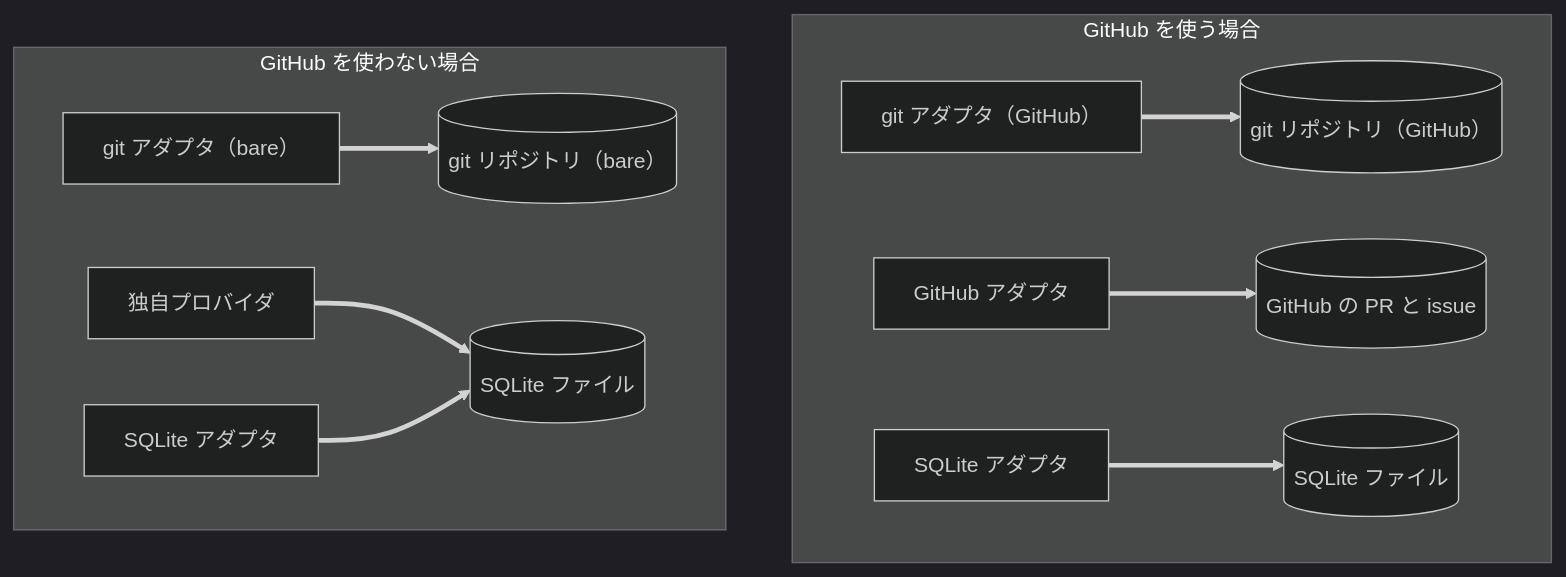
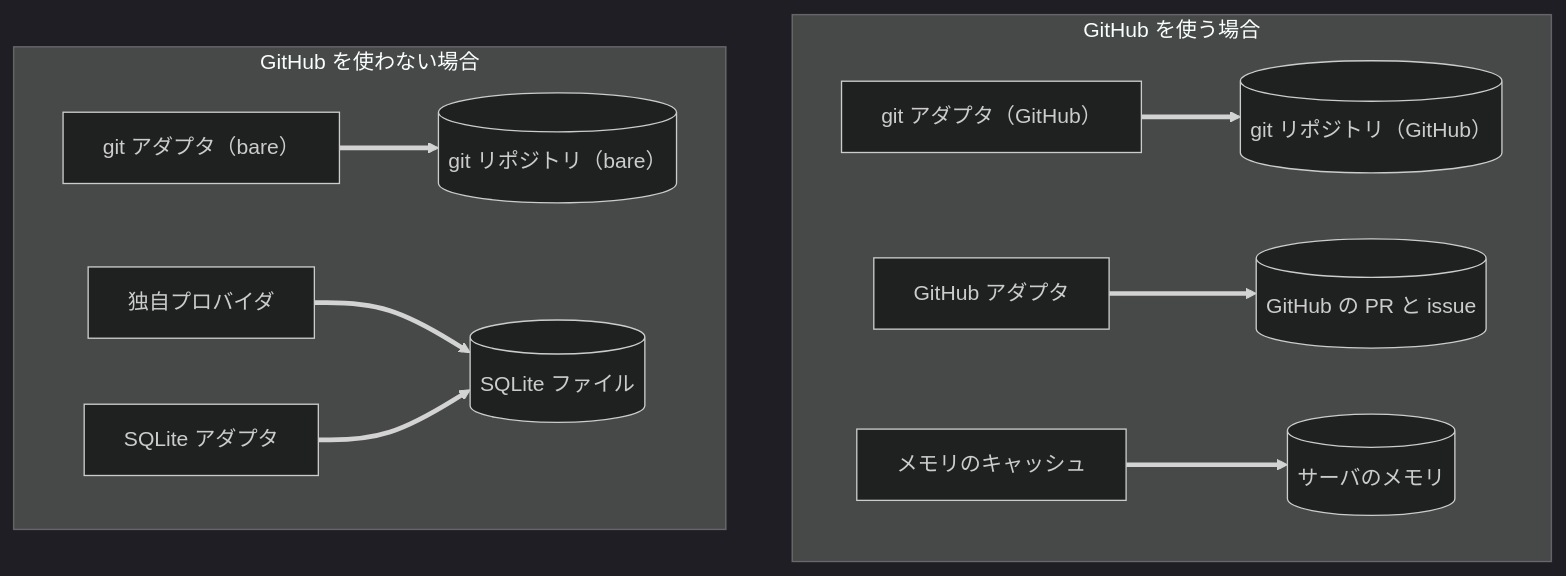
One commit to yamambainc/logiforge changed the diagram in design/adapters/README.md. Above: the diagram before and after it, drawn with Mermaid (dark theme). The commit also changed other lines of this file and 16 other files, not shown here.

````diff
--- a/design/adapters/README.md
+++ b/design/adapters/README.md
@@ -17,13 +17,13 @@
 ```mermaid
 flowchart TB
   subgraph G["GitHub を使う場合"]
     G1["git アダプタ（GitHub）"] ==> G1D[("git リポジトリ（GitHub）")]
     G2["GitHub アダプタ"] ==> G2D[("GitHub の PR と issue")]
-    G3["SQLite アダプタ"] ==> G3D[("SQLite ファイル")]
+    G3["メモリのキャッシュ"] ==> G3D[("サーバのメモリ")]
   end
   subgraph N["GitHub を使わない場合"]
     N1["git アダプタ（bare）"] ==> N1D[("git リポジトリ（bare）")]
     N2["独自プロバイダ"] ==> N3D[("SQLite ファイル")]
     N3["SQLite アダプタ"] ==> N3D
   end
 ```
````
